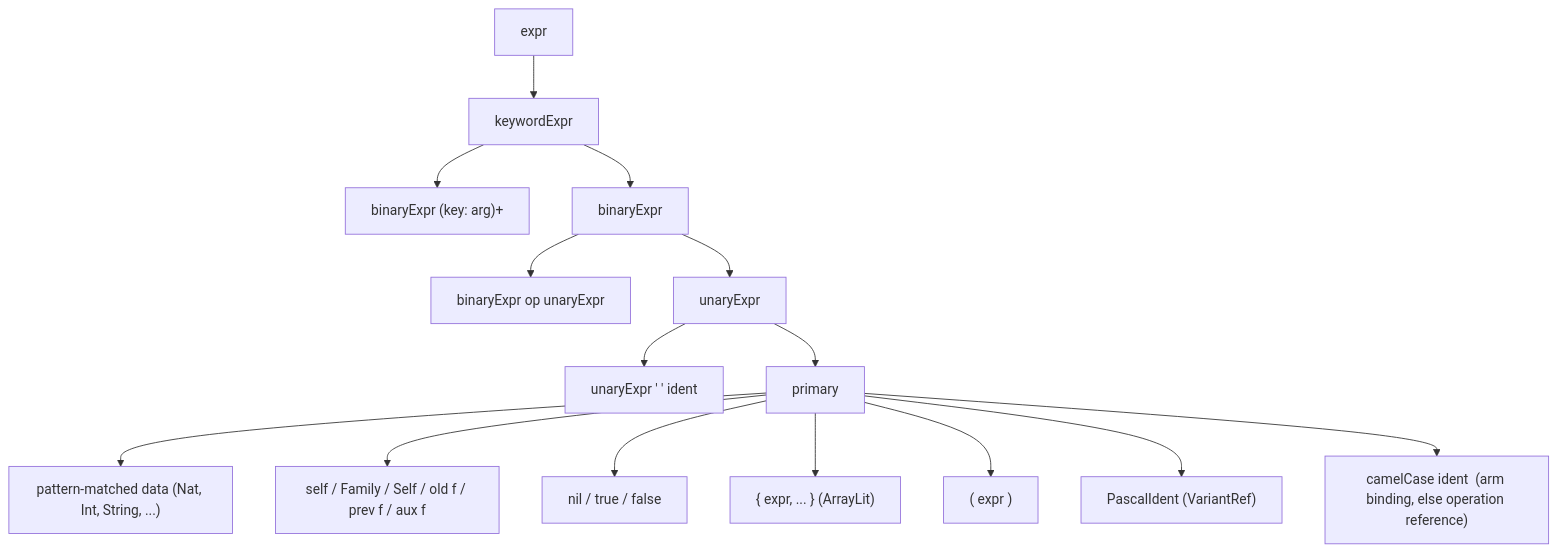
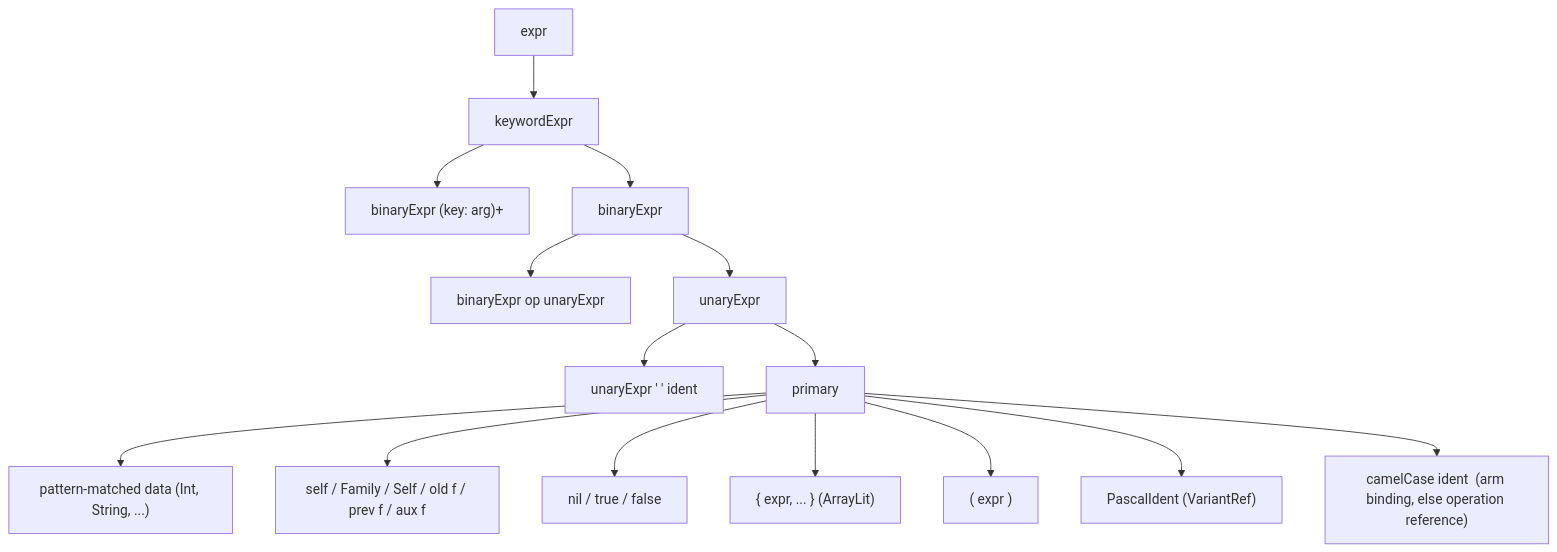
One commit to lapis-lang/lapis-lang changed the first of 8 diagrams in _docs/theory/surface-syntax.md. Above: the diagram before and after it, drawn with Mermaid. The commit also changed other lines of this file and 14 other files, not shown here.

````diff
--- a/_docs/theory/surface-syntax.md
+++ b/_docs/theory/surface-syntax.md
@@ -285,17 +297,17 @@
 ```mermaid
 flowchart TD
     expr --> keywordExpr
     keywordExpr --> kw_op["binaryExpr (key: arg)+"]
     keywordExpr --> binaryExpr
     binaryExpr --> bin_op["binaryExpr op unaryExpr"]
     binaryExpr --> unaryExpr
     unaryExpr --> unary_chain["unaryExpr ' ' ident"]
     unaryExpr --> primary
-    primary --> prim_data["pattern-matched data (Nat, Int, String, ...)"]
+    primary --> prim_data["pattern-matched data (Int, String, ...)"]
     primary --> prim_ref["self / Family / Self / old f / prev f / aux f"]
     primary --> prim_nil["nil / true / false"]
     primary --> prim_array["{ expr, ... }  (ArrayLit)"]
     primary --> prim_paren["( expr )"]
     primary --> prim_pascal["PascalIdent (VariantRef)"]
     primary --> prim_ident["camelCase ident  (arm binding, else operation reference)"]
 ```
````
